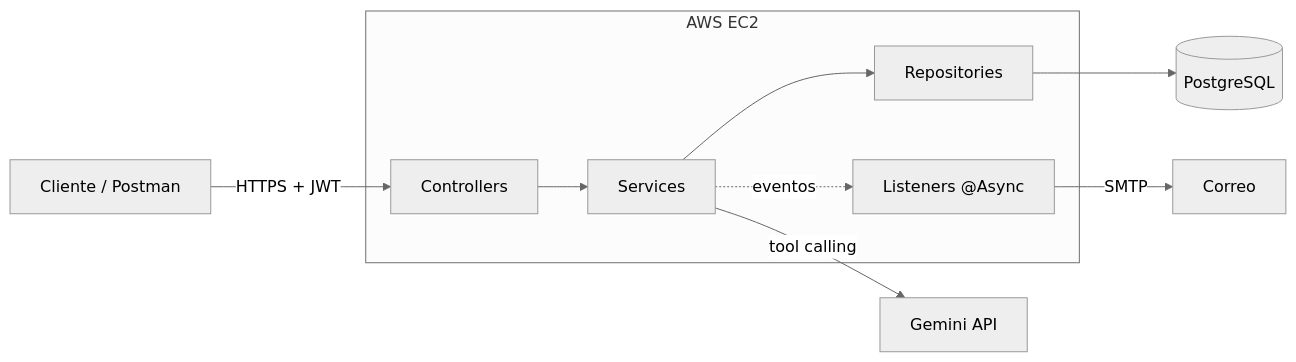
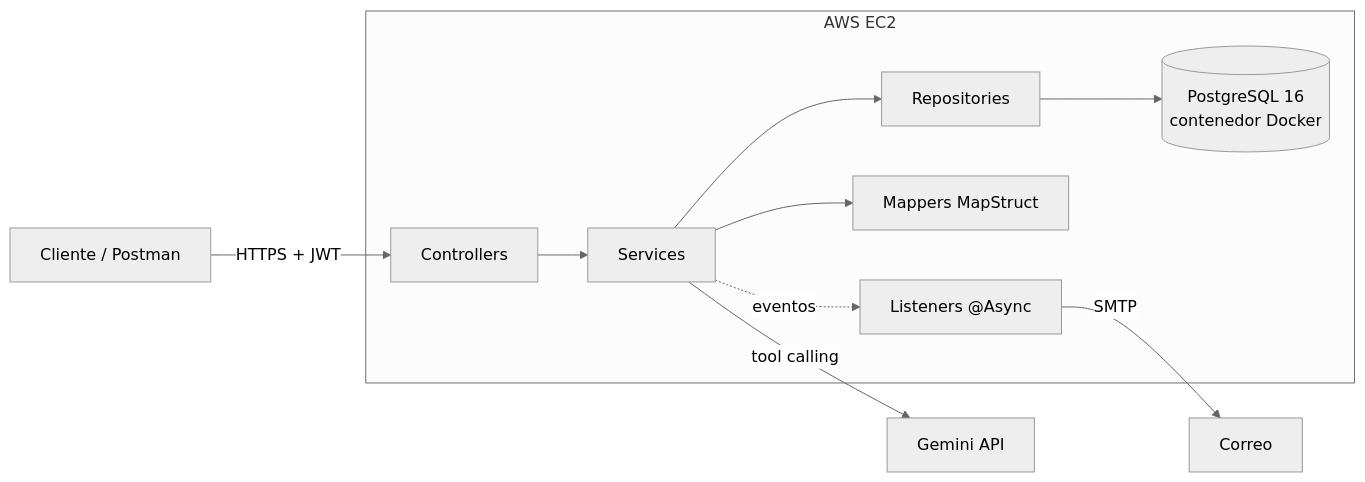
Before and after one commit to rafavp03/dbp-project-backend: the first of 2 diagrams in README.md, drawn with Mermaid (neutral theme). The commit also changed other lines of this file and 76 other files, not shown here.

````diff
--- a/README.md
+++ b/README.md
@@ -76,11 +78,12 @@
 ```mermaid
 flowchart LR
     C[Cliente / Postman] -->|HTTPS + JWT| API
     subgraph EC2[AWS EC2]
         API[Controllers] --> SVC[Services] --> REPO[Repositories]
+        SVC --> MAP[Mappers MapStruct]
         SVC -. eventos .-> LST["Listeners @Async"]
+        REPO --> DB[("PostgreSQL 16<br/>contenedor Docker")]
     end
-    REPO --> DB[(PostgreSQL)]
     SVC -->|tool calling| G[Gemini API]
     LST -->|SMTP| M[Correo]
 ```
````
